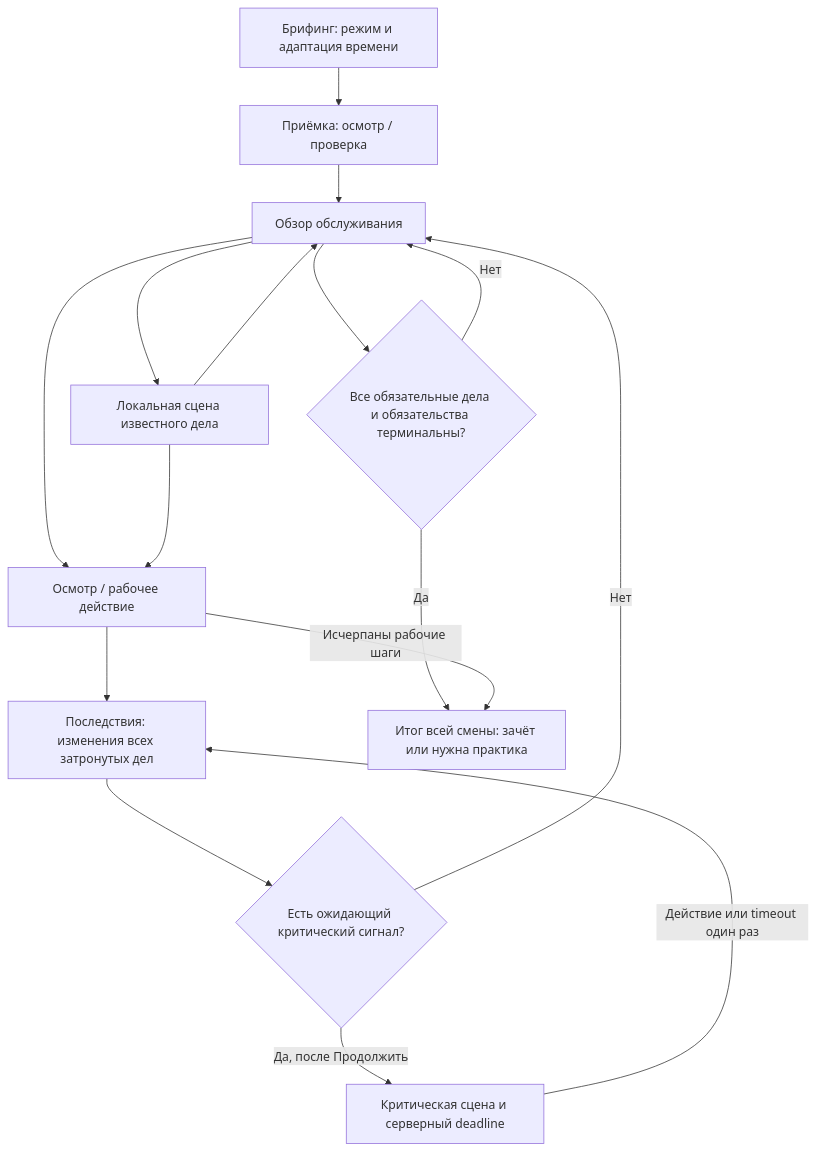
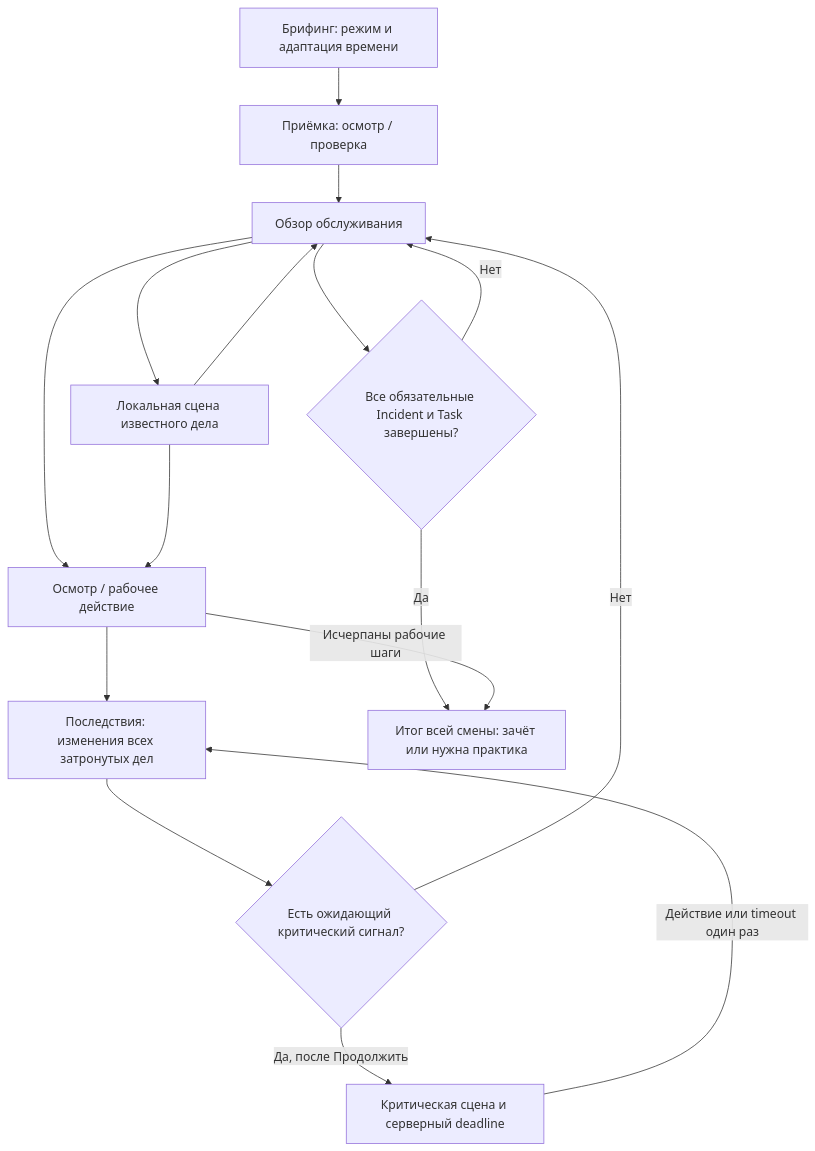
The diagram in docs/GAMEPLAY.md (RomaGrach/mt-hackathon), drawn with Mermaid before and after one commit. The commit also changed other lines of this file and 6 other files, not shown here.

````diff
--- a/docs/GAMEPLAY.md
+++ b/docs/GAMEPLAY.md
@@ -61,18 +61,18 @@
 ```mermaid
 flowchart TD
   B[Брифинг: режим и адаптация времени] --> I[Приёмка: осмотр / проверка]
   I --> O[Обзор обслуживания]
   O --> S[Локальная сцена известного дела]
   O --> W[Осмотр / рабочее действие]
   S --> W
   S --> O
   W --> F[Последствия: изменения всех затронутых дел]
   F --> C{Есть ожидающий критический сигнал?}
   C -->|Нет| O
   C -->|Да, после Продолжить| K[Критическая сцена и серверный deadline]
   K -->|Действие или timeout один раз| F
-  O --> E{Все обязательные дела и обязательства терминальны?}
+  O --> E{Все обязательные Incident и Task завершены?}
   E -->|Да| R[Итог всей смены: зачёт или нужна практика]
   E -->|Нет| O
   W -->|Исчерпаны рабочие шаги| R
 ```
````
